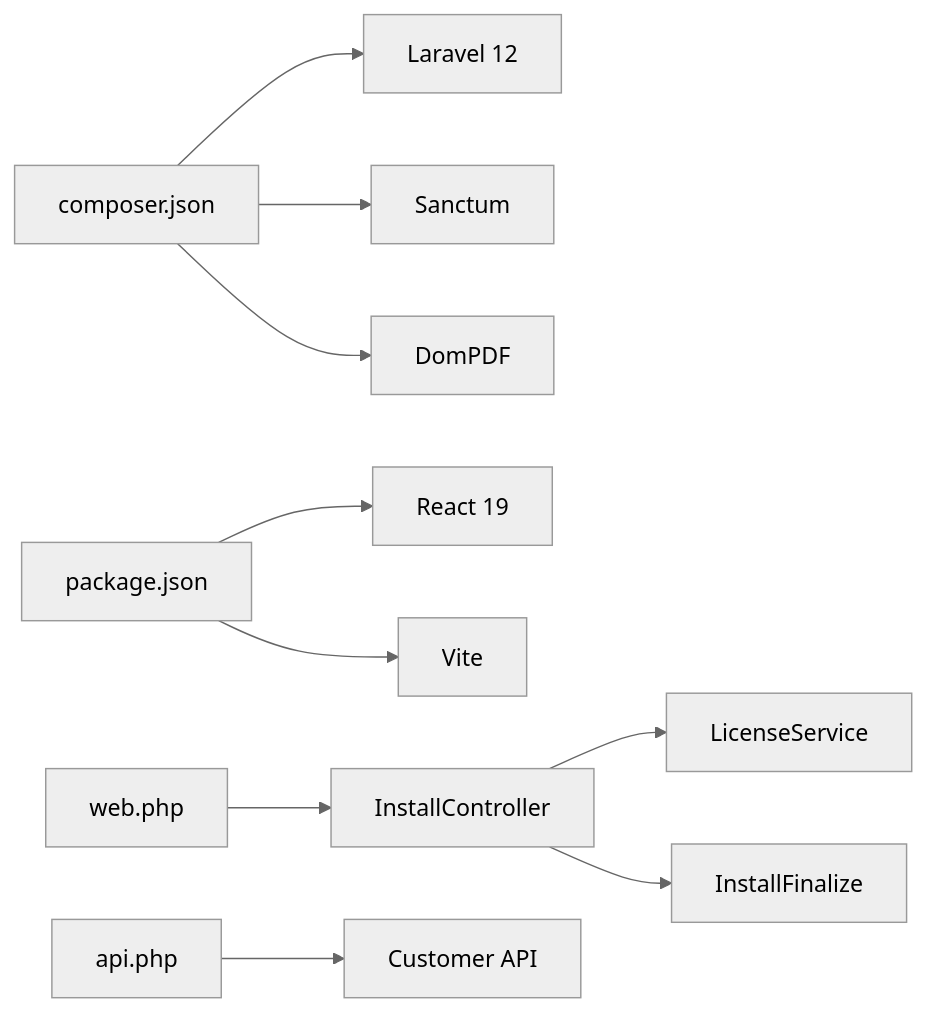
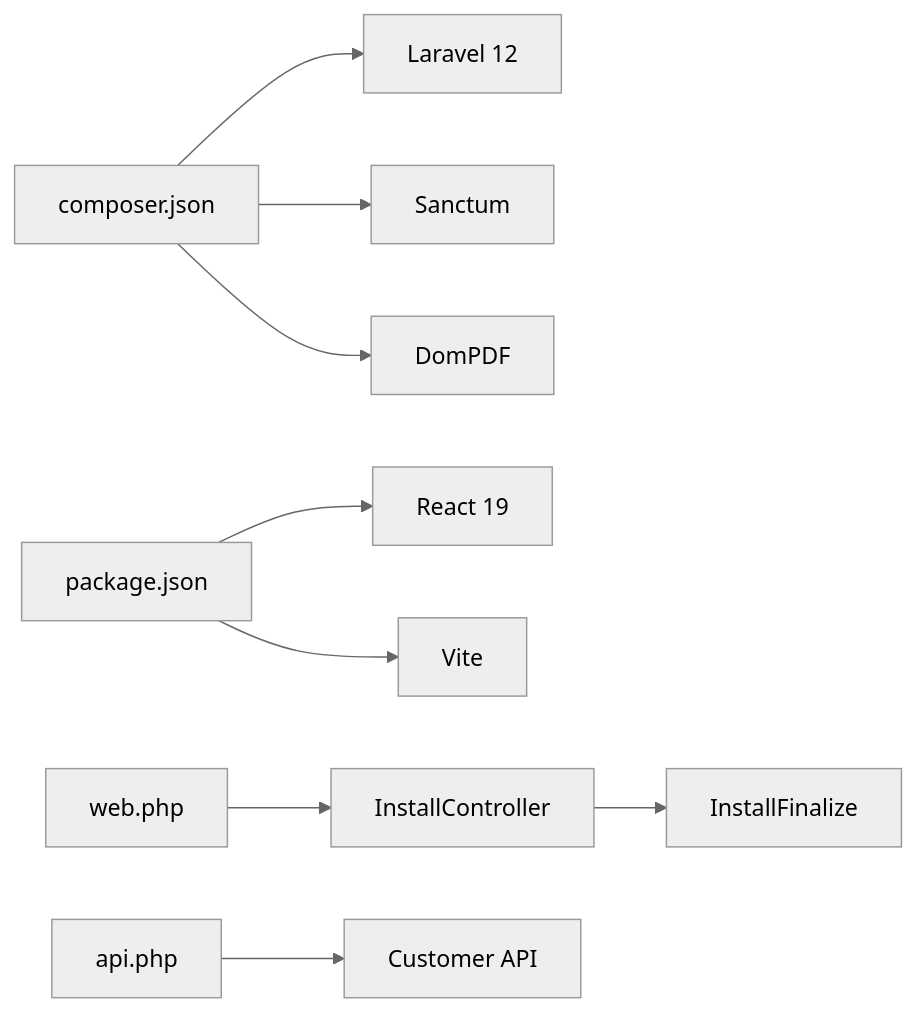
One commit to mahbub095/bus-app changed the fourth of 4 diagrams in .qoder/repowiki/en/content/Getting Started.md. Above: the diagram before and after it, drawn with Mermaid (neutral theme). The commit also changed other lines of this file and 165 other files, not shown here.

````diff
--- a/.qoder/repowiki/en/content/Getting Started.md
+++ b/.qoder/repowiki/en/content/Getting Started.md
@@ -341,12 +311,11 @@
 ```mermaid
 graph LR
 Composer["composer.json"] --> Laravel["Laravel 12"]
 Composer --> Sanctum["Sanctum"]
 Composer --> DomPDF["DomPDF"]
 PackageJSON["package.json"] --> React["React 19"]
 PackageJSON --> Vite["Vite"]
 WebRoutes["web.php"] --> InstallCtrl["InstallController"]
 ApiRoutes["api.php"] --> CustomerAPI["Customer API"]
-InstallCtrl --> LicenseSvc["LicenseService"]
 InstallCtrl --> FinalizeCmd["InstallFinalize"]
 ```
````
